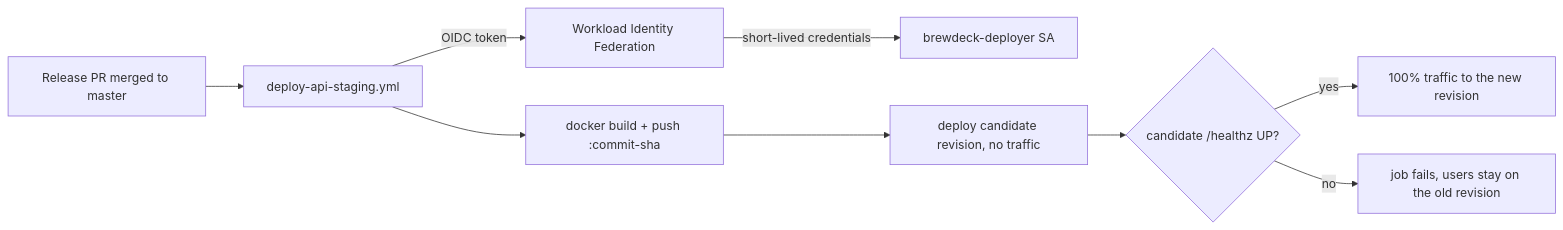
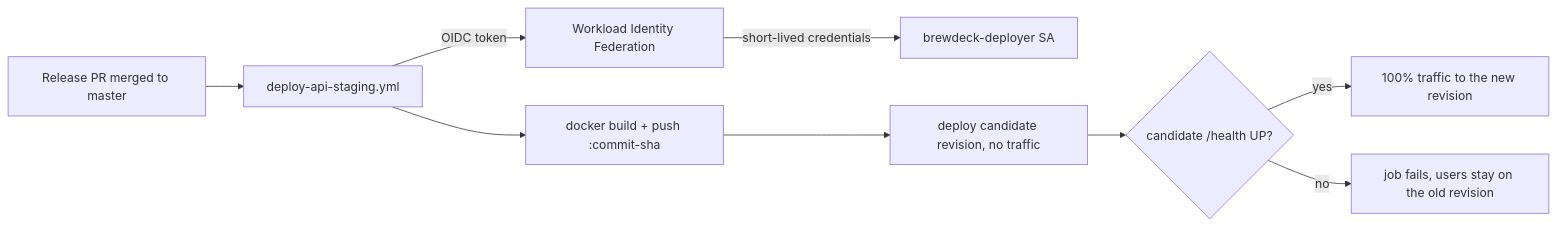
One commit to JuanMelendres/brewdeck changed the diagram in docs/development/staging-deployment.md. Above: the diagram before and after it, drawn with Mermaid. The commit also changed other lines of this file and 17 other files, not shown here.

First line of the commit message:
fix(api): serve the public health check on /health instead of /healthz

````diff
--- a/docs/development/staging-deployment.md
+++ b/docs/development/staging-deployment.md
@@ -611,11 +611,11 @@
 ```mermaid
 flowchart LR
   M[Release PR merged to master] --> W[deploy-api-staging.yml]
   W -->|OIDC token| WIF[Workload Identity Federation]
   WIF -->|short-lived credentials| SA[brewdeck-deployer SA]
   W --> B[docker build + push :commit-sha]
   B --> C[deploy candidate revision, no traffic]
-  C --> H{candidate /healthz UP?}
+  C --> H{candidate /health UP?}
   H -->|yes| P[100% traffic to the new revision]
   H -->|no| F[job fails, users stay on the old revision]
 ```
````
